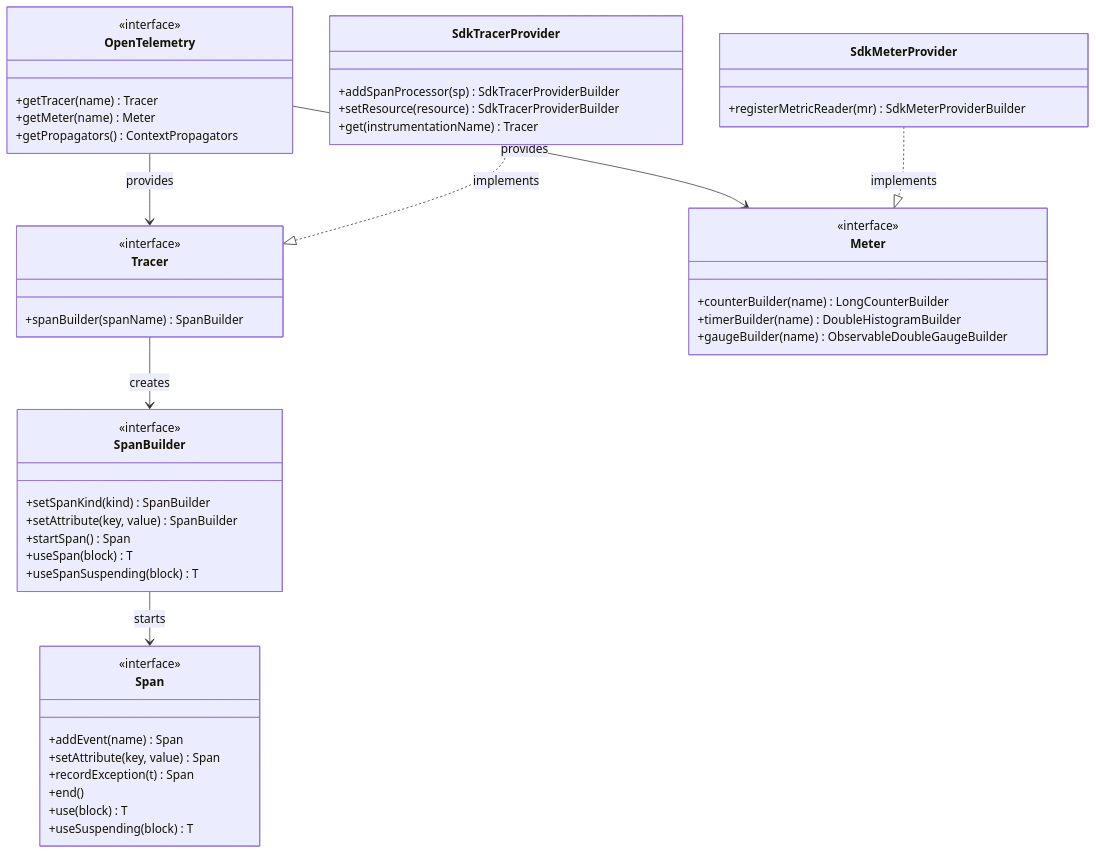
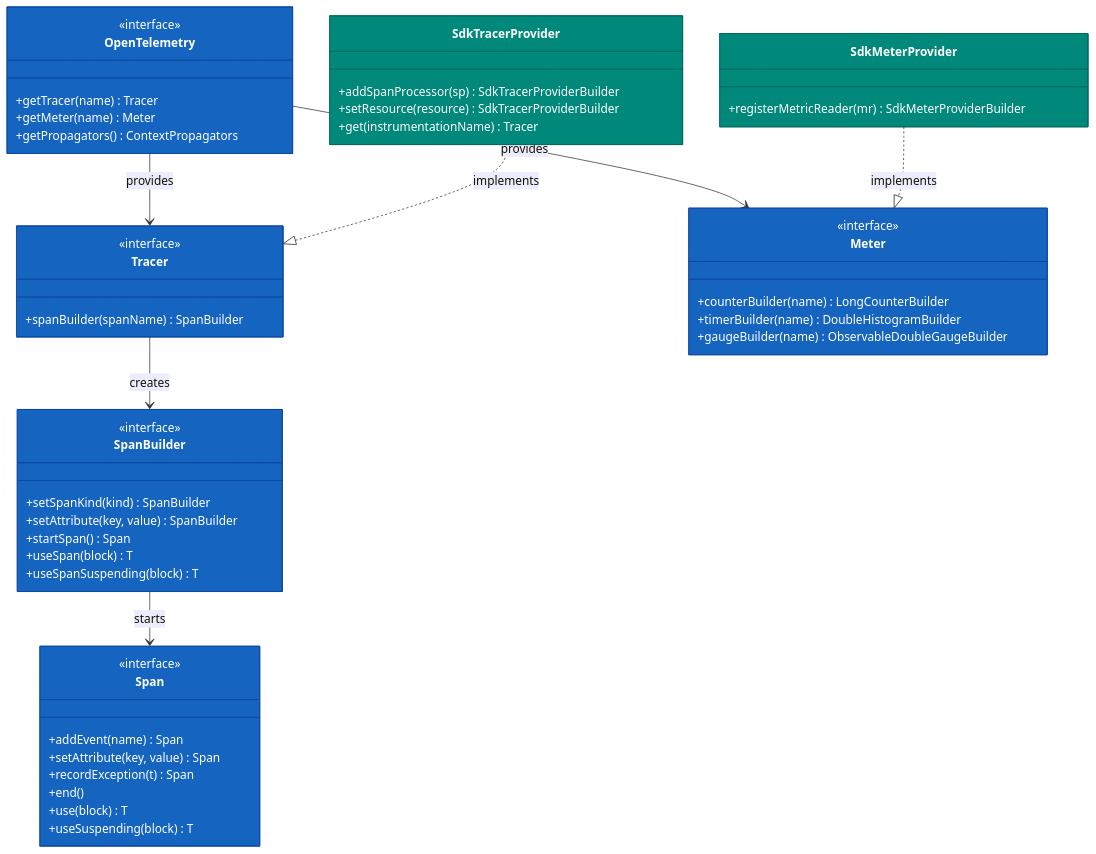
The first of 4 diagrams in infra/opentelemetry/README.md (bluetape4k/bluetape4k-projects), drawn with Mermaid before and after one commit. The commit also changed other lines of this file and 221 other files, not shown here.

First line of the commit message:
docs: 전체 모듈 README UML 다이어그램 보강 및 색상 업그레이드

````diff
--- a/infra/opentelemetry/README.md
+++ b/infra/opentelemetry/README.md
@@ -256,58 +256,66 @@
 ```mermaid
 classDiagram
     class OpenTelemetry {
         <<interface>>
         +getTracer(name) Tracer
         +getMeter(name) Meter
         +getPropagators() ContextPropagators
     }
 
     class Tracer {
         <<interface>>
         +spanBuilder(spanName) SpanBuilder
     }
 
     class SpanBuilder {
         <<interface>>
         +setSpanKind(kind) SpanBuilder
         +setAttribute(key, value) SpanBuilder
         +startSpan() Span
         +useSpan(block) T
         +useSpanSuspending(block) T
     }
 
     class Span {
         <<interface>>
         +addEvent(name) Span
         +setAttribute(key, value) Span
         +recordException(t) Span
         +end()
         +use(block) T
         +useSuspending(block) T
     }
 
     class SdkTracerProvider {
         +addSpanProcessor(sp) SdkTracerProviderBuilder
         +setResource(resource) SdkTracerProviderBuilder
         +get(instrumentationName) Tracer
     }
 
     class SdkMeterProvider {
         +registerMetricReader(mr) SdkMeterProviderBuilder
     }
 
     class Meter {
         <<interface>>
         +counterBuilder(name) LongCounterBuilder
         +timerBuilder(name) DoubleHistogramBuilder
         +gaugeBuilder(name) ObservableDoubleGaugeBuilder
     }
 
     OpenTelemetry --> Tracer: provides
     OpenTelemetry --> Meter: provides
     Tracer --> SpanBuilder: creates
     SpanBuilder --> Span: starts
     SdkTracerProvider ..|> Tracer: implements
     SdkMeterProvider ..|> Meter: implements
 
+    style OpenTelemetry fill:#1565C0,stroke:#0D47A1,color:#FFFFFF
+    style Tracer fill:#1565C0,stroke:#0D47A1,color:#FFFFFF
+    style SpanBuilder fill:#1565C0,stroke:#0D47A1,color:#FFFFFF
+    style Span fill:#1565C0,stroke:#0D47A1,color:#FFFFFF
+    style Meter fill:#1565C0,stroke:#0D47A1,color:#FFFFFF
+    style SdkTracerProvider fill:#00897B,stroke:#00695C,color:#FFFFFF
+    style SdkMeterProvider fill:#00897B,stroke:#00695C,color:#FFFFFF
+
 ```
````
